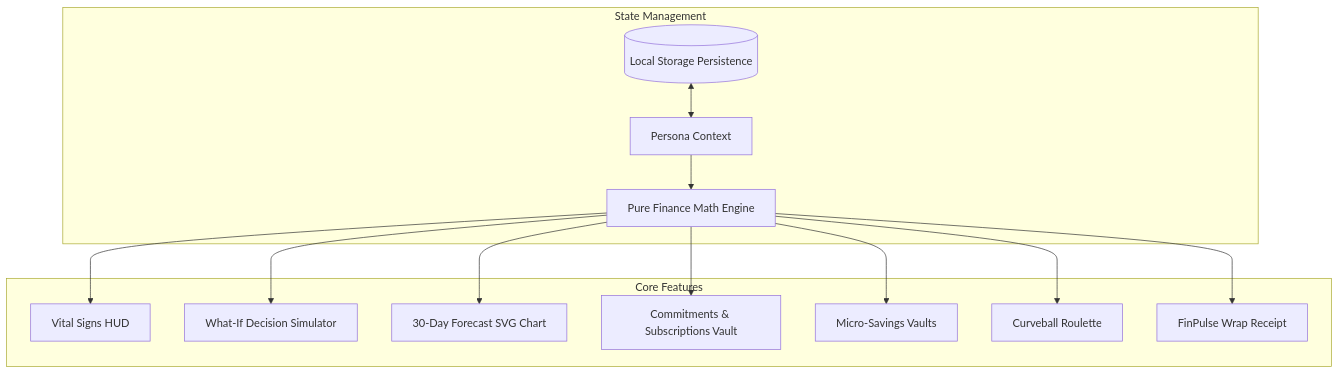
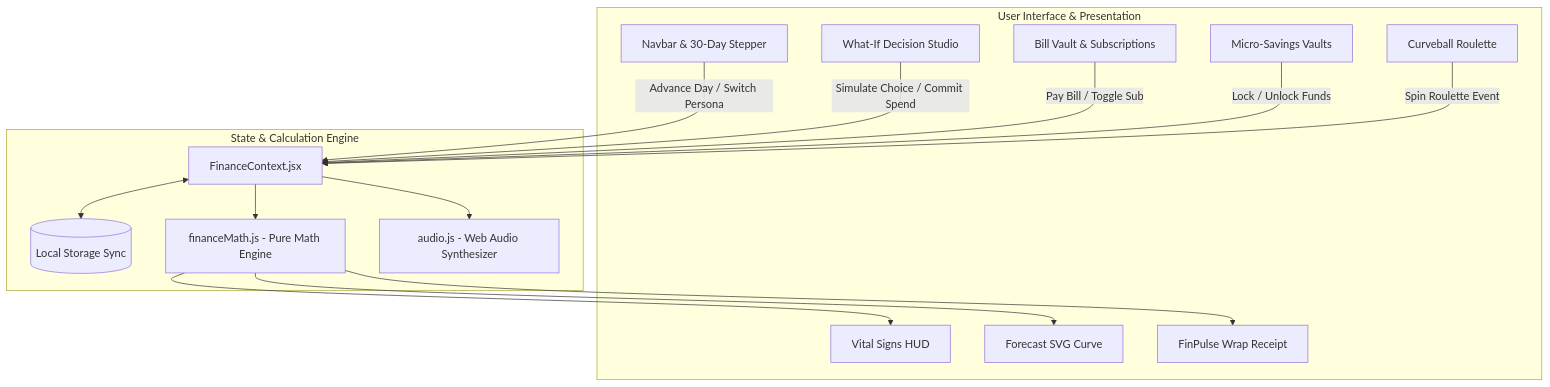
The diagram in README.md (shahdhairya12/6hourshackathon), drawn with Mermaid before and after one commit. The commit also changed other lines of this file and 39 other files, not shown here.

````diff
--- a/README.md
+++ b/README.md
@@ -107,28 +148,33 @@
 ```mermaid
-graph TD
-    subgraph State Management
-        PC[Persona Context]
-        LS[(Local Storage Persistence)]
-        ME[Pure Finance Math Engine]
-    end
-
-    subgraph Core Features
+flowchart TB
+    subgraph UI_Layer [User Interface & Presentation]
+        NAV[Navbar & 30-Day Stepper]
         HUD[Vital Signs HUD]
-        SIM[What-If Decision Simulator]
-        FC[30-Day Forecast SVG Chart]
-        BM[Commitments & Subscriptions Vault]
+        SIM[What-If Decision Studio]
+        FC[Forecast SVG Curve]
+        BV[Bill Vault & Subscriptions]
         SV[Micro-Savings Vaults]
         CR[Curveball Roulette]
         WRAP[FinPulse Wrap Receipt]
     end
 
-    LS <--> PC
-    PC --> ME
-    ME --> HUD
-    ME --> SIM
-    ME --> FC
-    ME --> BM
-    ME --> SV
-    ME --> CR
-    ME --> WRAP
+    subgraph Core_Engine [State & Calculation Engine]
+        CTX[FinanceContext.jsx]
+        LS[(Local Storage Sync)]
+        MATH[financeMath.js - Pure Math Engine]
+        SND[audio.js - Web Audio Synthesizer]
+    end
+
+    NAV -->|Advance Day / Switch Persona| CTX
+    SIM -->|Simulate Choice / Commit Spend| CTX
+    BV -->|Pay Bill / Toggle Sub| CTX
+    SV -->|Lock / Unlock Funds| CTX
+    CR -->|Spin Roulette Event| CTX
+
+    CTX <--> LS
+    CTX --> MATH
+    CTX --> SND
+    MATH --> HUD
+    MATH --> FC
+    MATH --> WRAP
 ```
````
